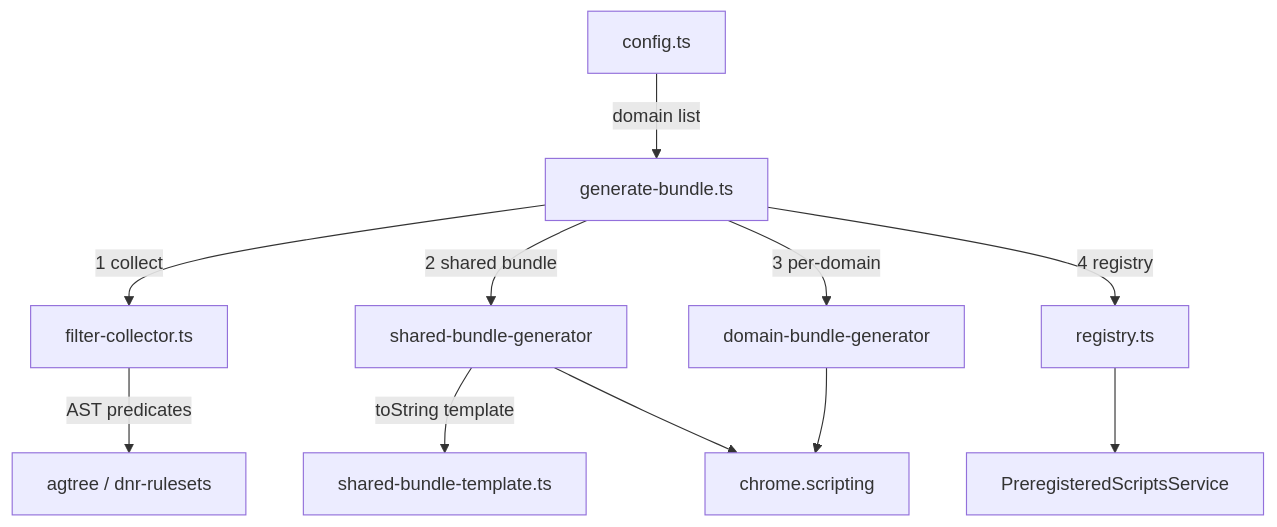
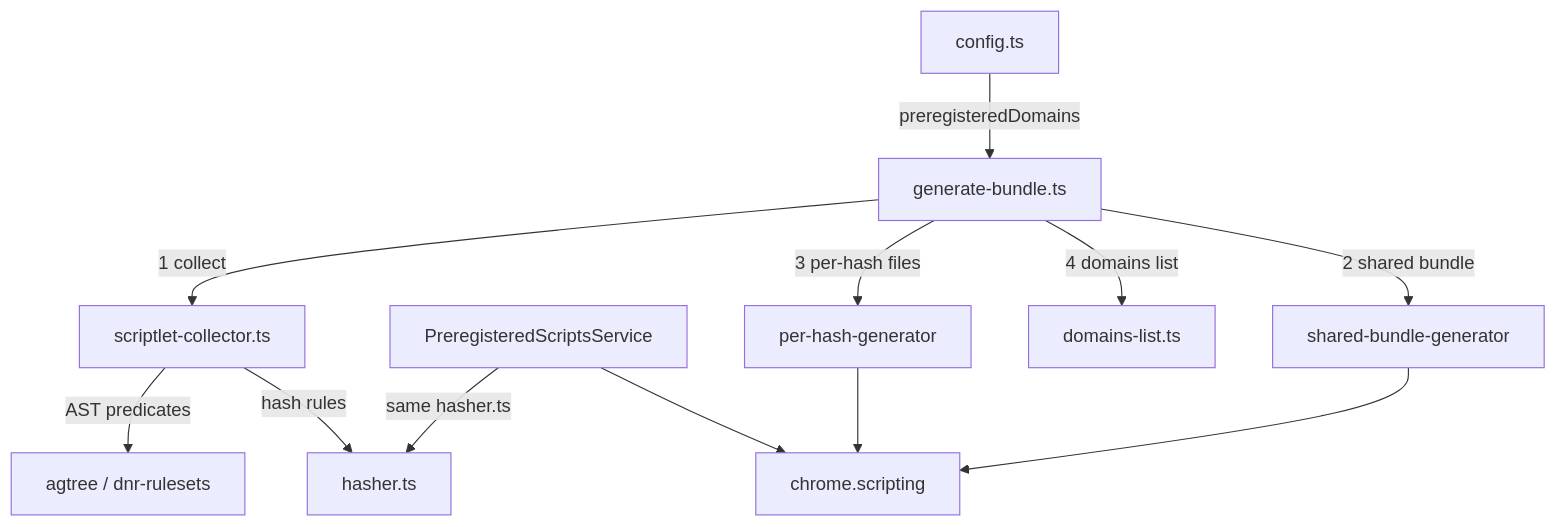
One commit to AdguardTeam/AdguardBrowserExtension changed the diagram in tools/resources/preregistered-scripts/README.md. Above: the diagram before and after it, drawn with Mermaid. The commit also changed other lines of this file and 3 other files, not shown here.

````diff
--- a/tools/resources/preregistered-scripts/README.md
+++ b/tools/resources/preregistered-scripts/README.md
@@ -10,13 +10,14 @@
 ```mermaid
 flowchart TD
-    A[config.ts] -->|domain list| C[generate-bundle.ts]
-    C -->|1 collect| FC[filter-collector.ts]
-    FC -->|AST predicates| AG[agtree / dnr-rulesets]
-    C -->|2 shared bundle| SB[shared-bundle-generator]
-    SB -->|toString template| SBT[shared-bundle-template.ts]
-    C -->|3 per-domain| DB[domain-bundle-generator]
-    C -->|4 registry| R[registry.ts]
-    R --> RS[PreregisteredScriptsService]
-    DB --> CP[chrome.scripting]
+    CFG[config.ts] -->|preregisteredDomains| GEN[generate-bundle.ts]
+    GEN -->|1 collect| SC[scriptlet-collector.ts]
+    SC -->|AST predicates| AG[agtree / dnr-rulesets]
+    SC -->|hash rules| HASH[hasher.ts]
+    GEN -->|2 shared bundle| SB[shared-bundle-generator]
+    GEN -->|3 per-hash files| PH[per-hash-generator]
+    GEN -->|4 domains list| DL[domains-list.ts]
+    RT[PreregisteredScriptsService] -->|same hasher.ts| HASH
+    RT --> CP[chrome.scripting]
+    PH --> CP
     SB --> CP
 ```
````
